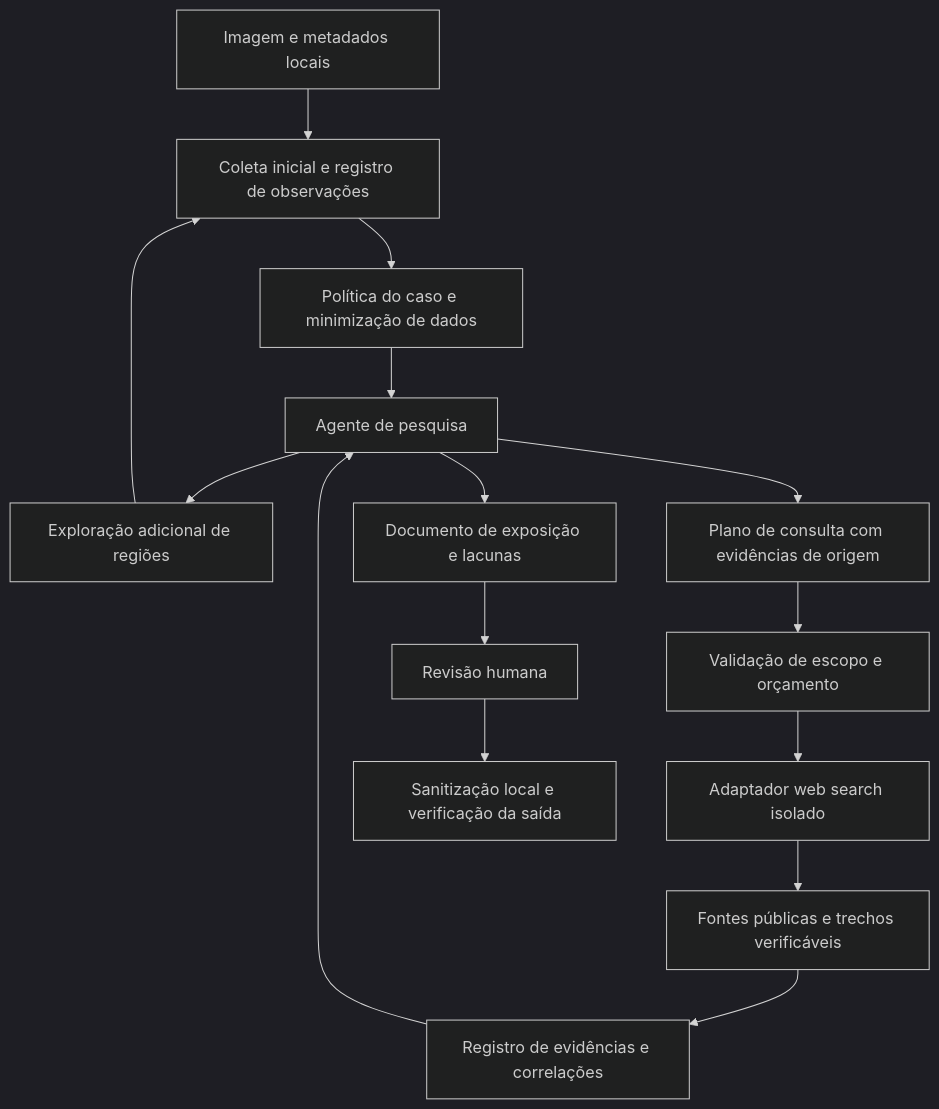
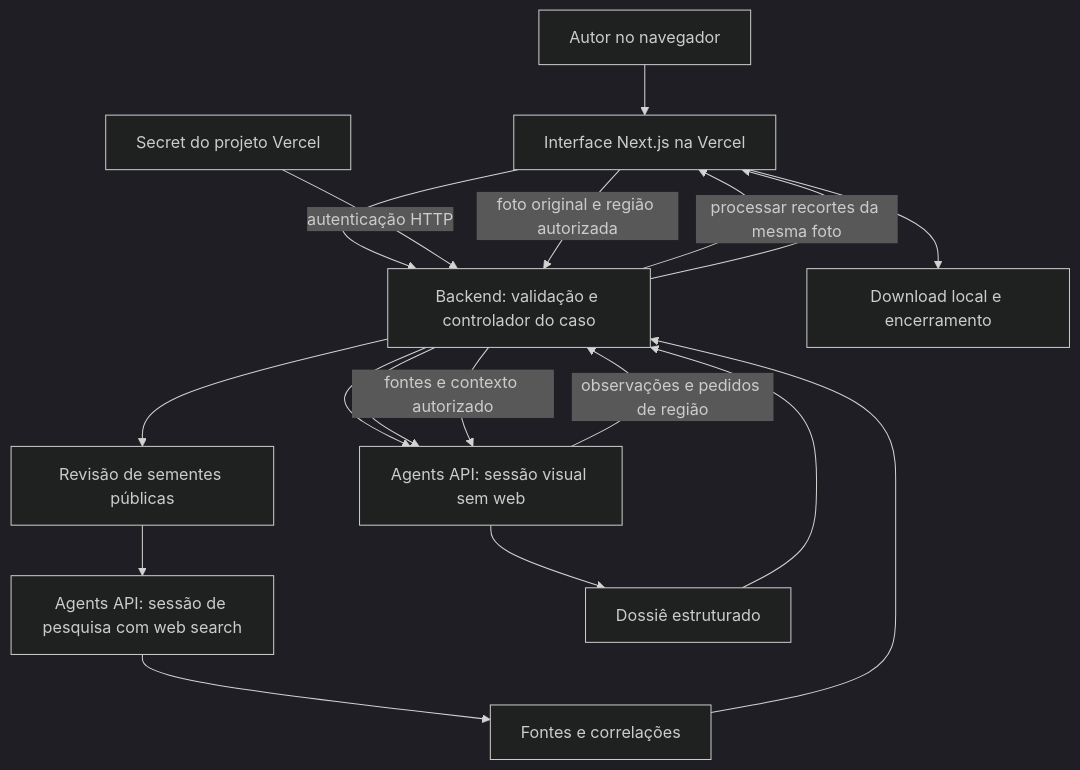
Before and after one commit to MathBorgess/visual-opsec-preflight: the diagram in docs/architecture.md, drawn with Mermaid (dark theme). The commit also changed other lines of this file and 8 other files, not shown here.

Commit message:
docs: define Vercel MVP, OpenAI secret strategy and exposure dossier requirements

````diff
--- a/docs/architecture.md
+++ b/docs/architecture.md
@@ -22,17 +24,20 @@
 ```mermaid
 flowchart TD
-  A[Imagem e metadados locais] --> B[Coleta inicial e registro de observações]
-  B --> C[Política do caso e minimização de dados]
-  C --> D[Agente de pesquisa]
-  D --> E[Exploração adicional de regiões]
-  E --> B
-  D --> F[Plano de consulta com evidências de origem]
-  F --> G[Validação de escopo e orçamento]
-  G --> H[Adaptador web search isolado]
-  H --> I[Fontes públicas e trechos verificáveis]
-  I --> J[Registro de evidências e correlações]
-  J --> D
-  D --> K[Documento de exposição e lacunas]
-  K --> L[Revisão humana]
-  L --> M[Sanitização local e verificação da saída]
+  U[Autor no navegador] --> W[Interface Next.js na Vercel]
+  W --> B[Backend: validação e controlador do caso]
+  K[Secret do projeto Vercel] -->|autenticação HTTP| B
+  B --> V[Agents API: sessão visual sem web]
+  V -->|observações e pedidos de região| B
+  B -->|processar recortes da mesma foto| W
+  W -->|foto original e região autorizada| B
+  B --> V
+  B --> P[Revisão de sementes públicas]
+  P --> R[Agents API: sessão de pesquisa com web search]
+  R --> S[Fontes e correlações]
+  S --> B
+  B -->|fontes e contexto autorizado| V
+  V --> D[Dossiê estruturado]
+  D --> B
+  B --> W
+  W --> E[Download local e encerramento]
 ```
````
